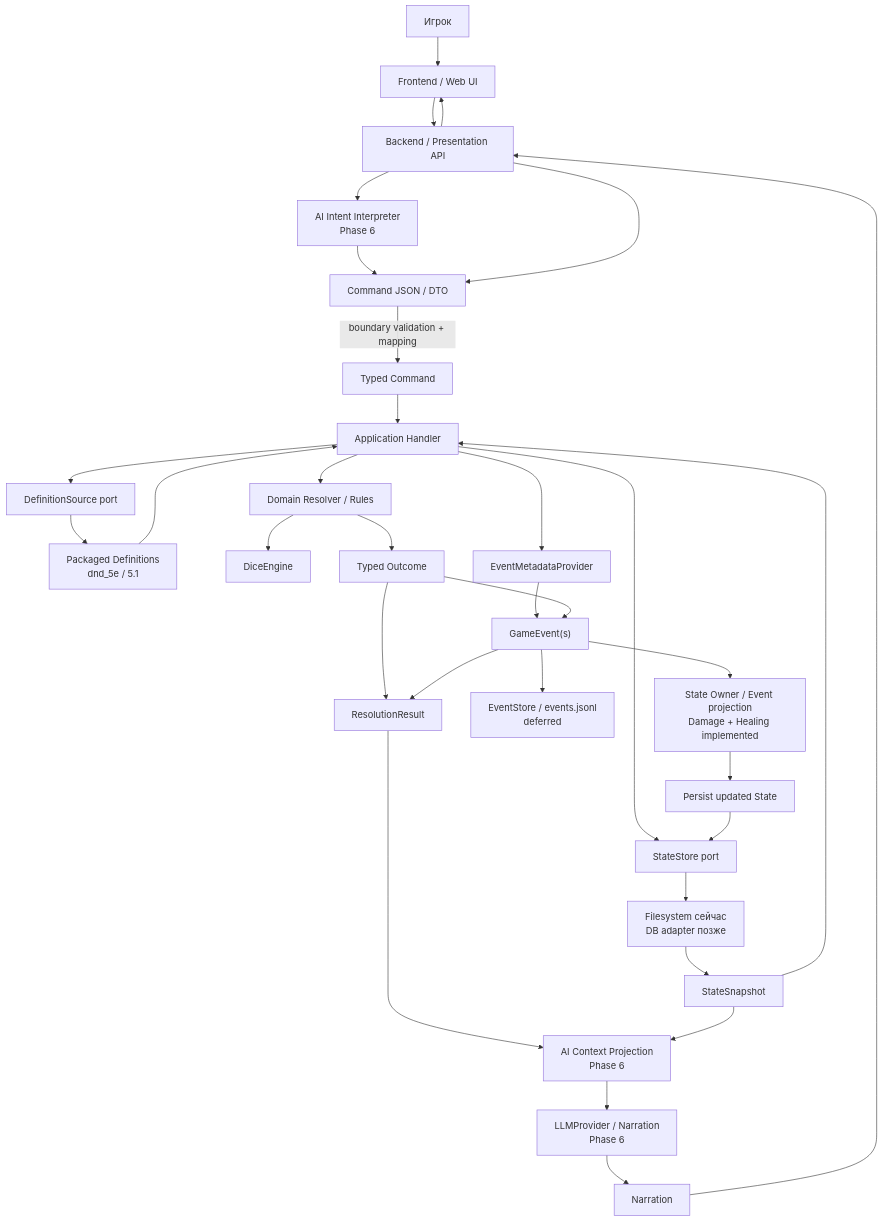
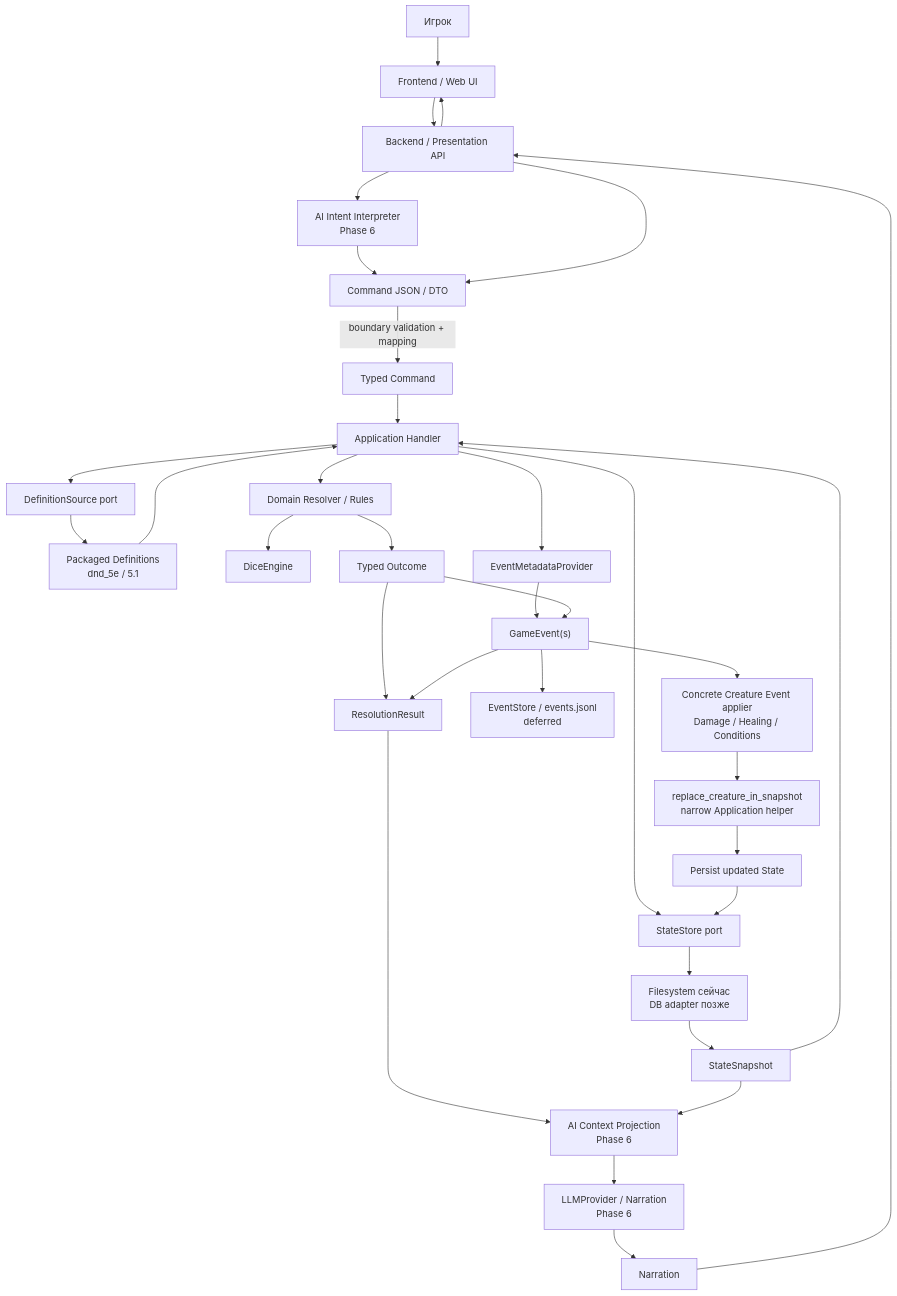
Before and after one commit to redbull101020/ai-dnd-master: the first of 4 diagrams in AI_DND_DATA_FLOW_CURRENT.md, drawn with Mermaid. The commit also changed other lines of this file and 11 other files, not shown here.

Commit message:
G6C: extract creature snapshot replacement

````diff
--- a/AI_DND_DATA_FLOW_CURRENT.md
+++ b/AI_DND_DATA_FLOW_CURRENT.md
@@ -72,74 +72,76 @@
 ```mermaid
 flowchart TD
     P["Игрок"]
     UI["Frontend / Web UI"]
     API["Backend / Presentation API"]
     AI1["AI Intent Interpreter<br/>Phase 6"]
     CMDJSON["Command JSON / DTO"]
     CMD["Typed Command"]
     H["Application Handler"]
 
     SS["StateStore port"]
     DB["Filesystem сейчас<br/>DB adapter позже"]
     SNAP["StateSnapshot"]
 
     DS["DefinitionSource port"]
     DEF["Packaged Definitions<br/>dnd_5e / 5.1"]
 
     RES["Domain Resolver / Rules"]
     DICE["DiceEngine"]
     OUT["Typed Outcome"]
     EVT["GameEvent(s)"]
     META["EventMetadataProvider"]
 
-    APPLY["State Owner / Event projection<br/>Damage + Healing implemented"]
+    APPLY["Concrete Creature Event applier<br/>Damage / Healing / Conditions"]
+    REPLACE["replace_creature_in_snapshot<br/>narrow Application helper"]
     ELOG["EventStore / events.jsonl<br/>deferred"]
     SAVE["Persist updated State"]
 
     RR["ResolutionResult"]
     CTX["AI Context Projection<br/>Phase 6"]
     AI2["LLMProvider / Narration<br/>Phase 6"]
     NARR["Narration"]
 
     P --> UI
     UI --> API
 
     API --> AI1
     AI1 --> CMDJSON
     API --> CMDJSON
 
     CMDJSON -->|boundary validation + mapping| CMD
     CMD --> H
 
     H --> SS
     SS --> DB
     DB --> SNAP
     SNAP --> H
 
     H --> DS
     DS --> DEF
     DEF --> H
 
     H --> RES
     RES --> DICE
     RES --> OUT
 
     H --> META
     META --> EVT
     OUT --> EVT
 
     EVT --> APPLY
     EVT --> ELOG
-    APPLY --> SAVE
+    APPLY --> REPLACE
+    REPLACE --> SAVE
     SAVE --> SS
 
     OUT --> RR
     EVT --> RR
 
     RR --> CTX
     SNAP --> CTX
     CTX --> AI2
     AI2 --> NARR
     NARR --> API
     API --> UI
 ```
````
